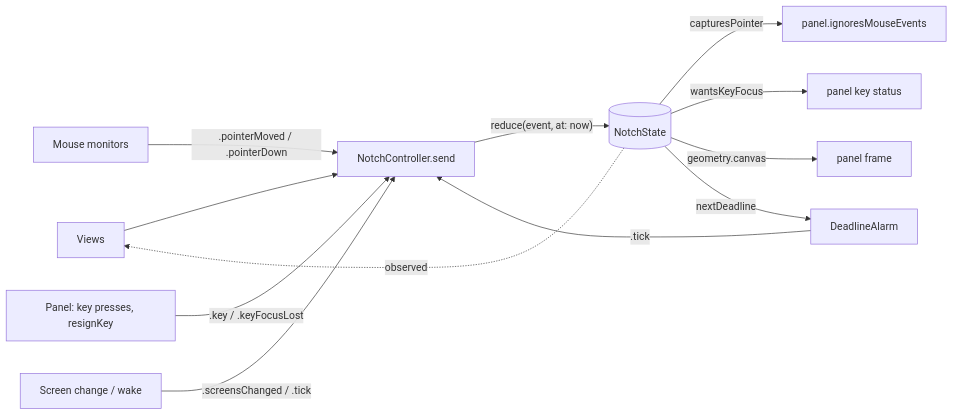
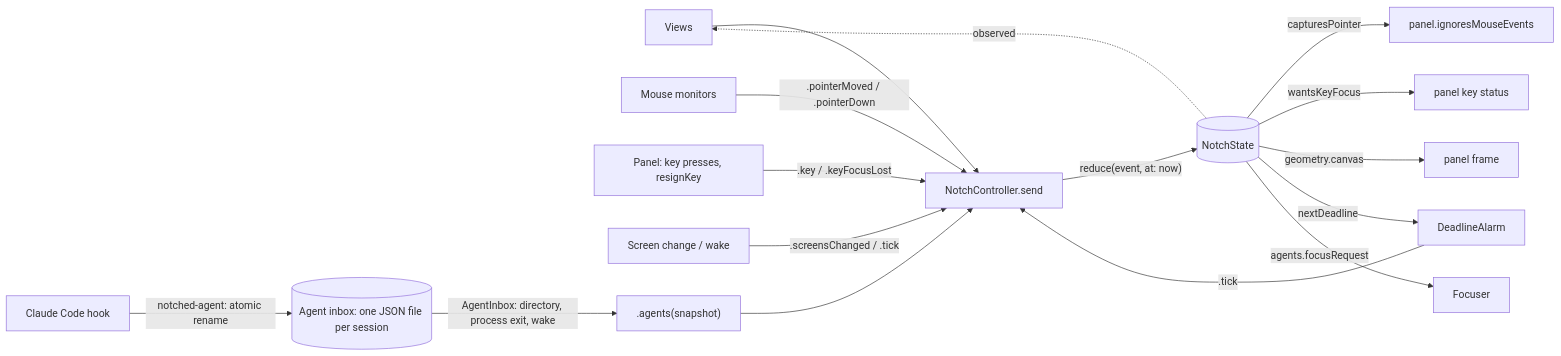
One commit to andrewv426/Notched changed the diagram in docs/architecture.md. Above: the diagram before and after it, drawn with Mermaid. The commit also changed other lines of this file and 3 other files, not shown here.

````diff
--- a/docs/architecture.md
+++ b/docs/architecture.md
@@ -29,14 +31,18 @@
 ```mermaid
 flowchart LR
   V[Views] --> C[NotchController.send]
   M[Mouse monitors] -- ".pointerMoved / .pointerDown" --> C
   P[Panel: key presses, resignKey] -- ".key / .keyFocusLost" --> C
   N[Screen change / wake] -- ".screensChanged / .tick" --> C
   C -- "reduce(event, at: now)" --> S[(NotchState)]
   S -- "capturesPointer" --> PW[panel.ignoresMouseEvents]
   S -- "wantsKeyFocus" --> PK[panel key status]
   S -- "geometry.canvas" --> PF[panel frame]
   S -- "nextDeadline" --> DA[DeadlineAlarm]
   DA -- ".tick" --> C
+  H[Claude Code hook] -- "notched-agent: atomic rename" --> IB[(Agent inbox: one JSON file per session)]
+  IB -- "AgentInbox: directory, process exit, wake" --> C2[".agents(snapshot)"]
+  C2 --> C
+  S -- "agents.focusRequest" --> FO[Focuser]
   S -. "observed" .-> V
 ```
````
